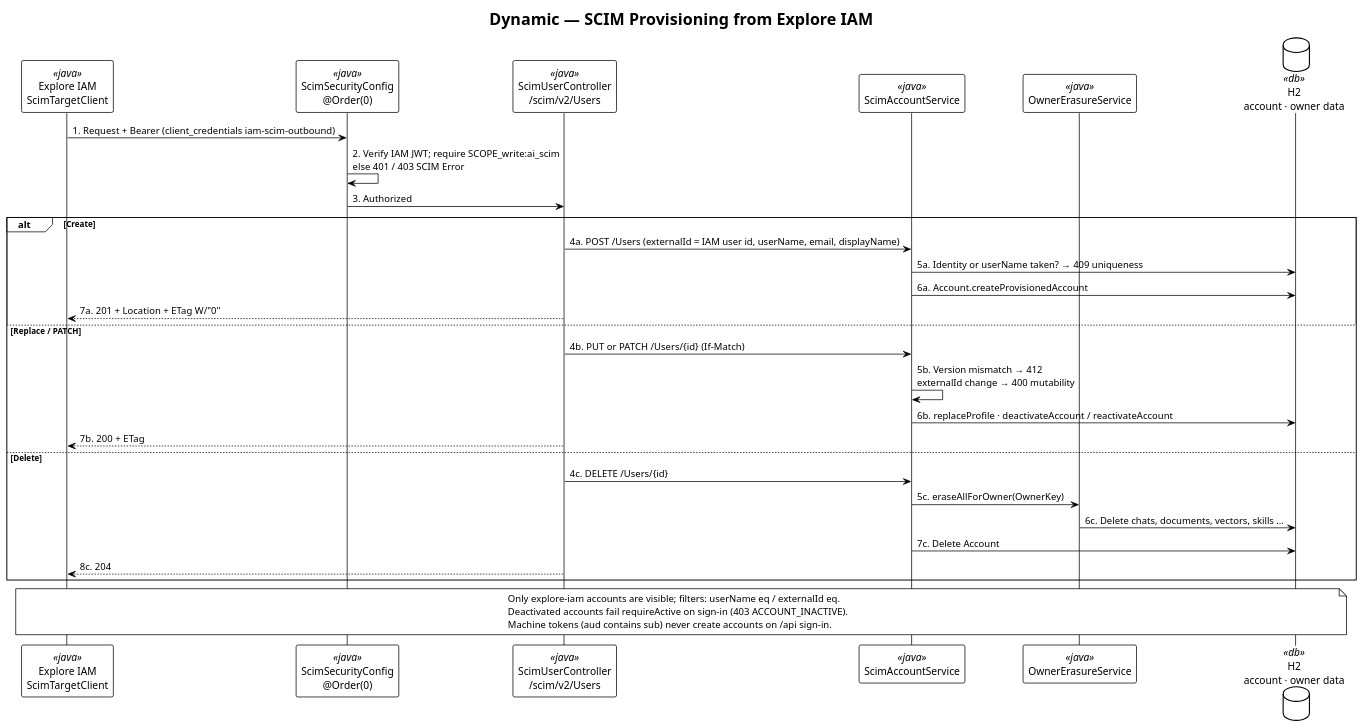
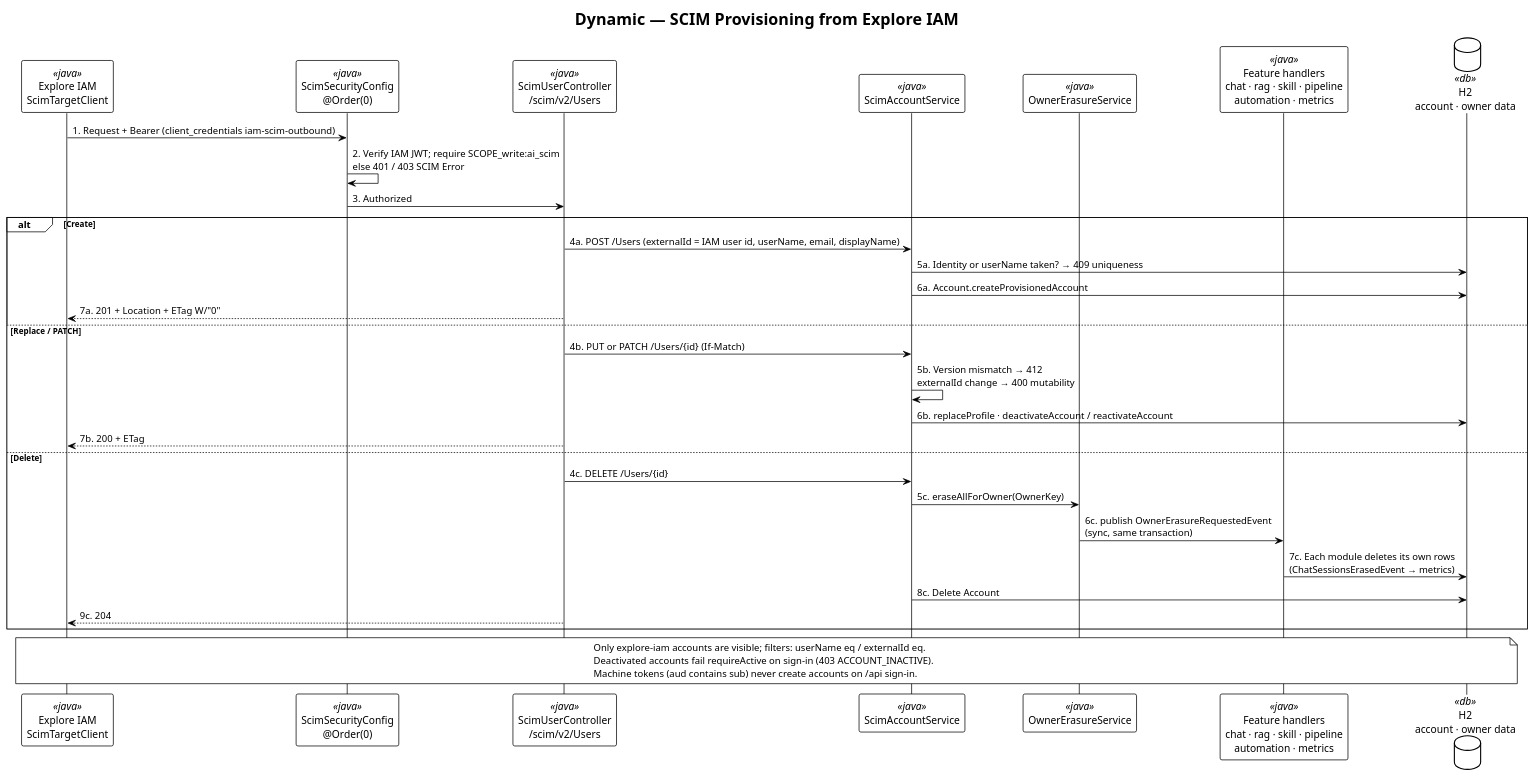
One commit to felixzhu97/explore-ai changed the diagram in docs/developer/c4-model/C4-Dynamic-ScimProvisioning.puml. Above: the diagram before and after it, drawn with PlantUML. The commit also changed 8 other files, not shown here.

First line of the commit message:
Show event-driven erasure and metrics in C4 (#664)

```diff
--- a/docs/developer/c4-model/C4-Dynamic-ScimProvisioning.puml
+++ b/docs/developer/c4-model/C4-Dynamic-ScimProvisioning.puml
@@ -1,43 +1,45 @@
 @startuml C4-Dynamic-ScimProvisioning
 !theme plain
 skinparam backgroundColor #FFFFFF
 skinparam shadowing false
 
 title Dynamic — SCIM Provisioning from Explore IAM
 
 participant "Explore IAM\nScimTargetClient" as iam <<java>>
 participant "ScimSecurityConfig\n@Order(0)" as sec <<java>>
 participant "ScimUserController\n/scim/v2/Users" as ctrl <<java>>
 participant "ScimAccountService" as svc <<java>>
 participant "OwnerErasureService" as erase <<java>>
+participant "Feature handlers\nchat · rag · skill · pipeline\nautomation · metrics" as handlers <<java>>
 database "H2\naccount · owner data" as db <<db>>
 
 iam -> sec: 1. Request + Bearer (client_credentials iam-scim-outbound)
 sec -> sec: 2. Verify IAM JWT; require SCOPE_write:ai_scim\nelse 401 / 403 SCIM Error
 sec -> ctrl: 3. Authorized
 
 alt Create
   ctrl -> svc: 4a. POST /Users (externalId = IAM user id, userName, email, displayName)
   svc -> db: 5a. Identity or userName taken? → 409 uniqueness
   svc -> db: 6a. Account.createProvisionedAccount
   ctrl --> iam: 7a. 201 + Location + ETag W/"0"
 else Replace / PATCH
   ctrl -> svc: 4b. PUT or PATCH /Users/{id} (If-Match)
   svc -> svc: 5b. Version mismatch → 412\nexternalId change → 400 mutability
   svc -> db: 6b. replaceProfile · deactivateAccount / reactivateAccount
   ctrl --> iam: 7b. 200 + ETag
 else Delete
   ctrl -> svc: 4c. DELETE /Users/{id}
   svc -> erase: 5c. eraseAllForOwner(OwnerKey)
-  erase -> db: 6c. Delete chats, documents, vectors, skills …
-  svc -> db: 7c. Delete Account
-  ctrl --> iam: 8c. 204
+  erase -> handlers: 6c. publish OwnerErasureRequestedEvent\n(sync, same transaction)
+  handlers -> db: 7c. Each module deletes its own rows\n(ChatSessionsErasedEvent → metrics)
+  svc -> db: 8c. Delete Account
+  ctrl --> iam: 9c. 204
 end
 
 note over iam, db
   Only explore-iam accounts are visible; filters: userName eq / externalId eq.
   Deactivated accounts fail requireActive on sign-in (403 ACCOUNT_INACTIVE).
   Machine tokens (aud contains sub) never create accounts on /api sign-in.
 end note
 
 @enduml
```
